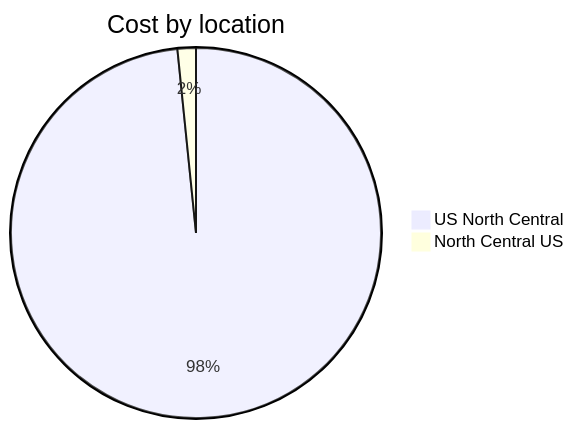
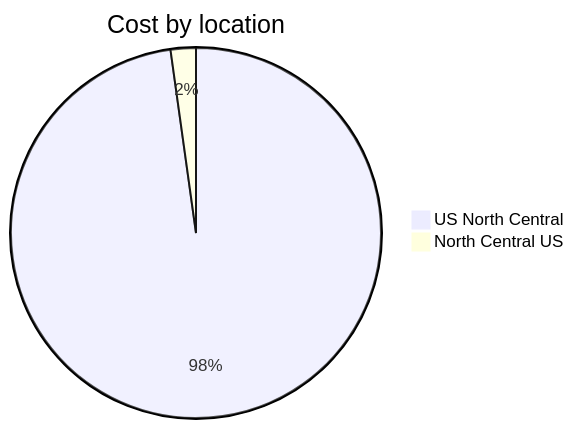
The third of 4 diagrams in cost-reports/personal-network/backup-server-data-disk.md (jpfulton/azure-personal-reports), drawn with Mermaid before and after one commit. The commit also changed other lines of this file and 8 other files, not shown here.

````diff
--- a/cost-reports/personal-network/backup-server-data-disk.md
+++ b/cost-reports/personal-network/backup-server-data-disk.md
@@ -108,6 +108,6 @@
 ```mermaid
 pie
    title Cost by location
-   "US North Central" : 18.98
-   "North Central US" : 0.31
+   "US North Central" : 19.54
+   "North Central US" : 0.44
 ```
````
